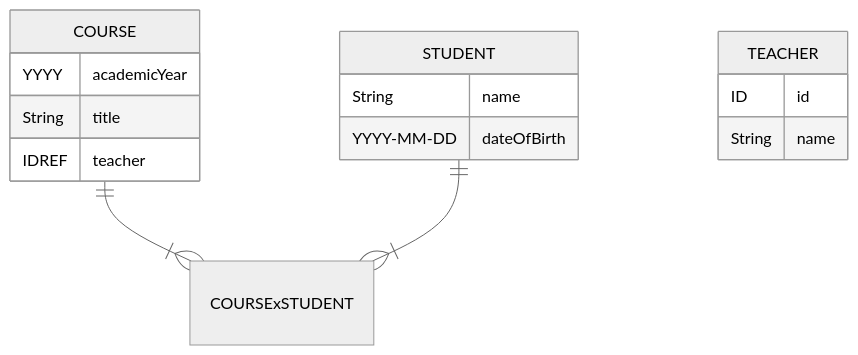
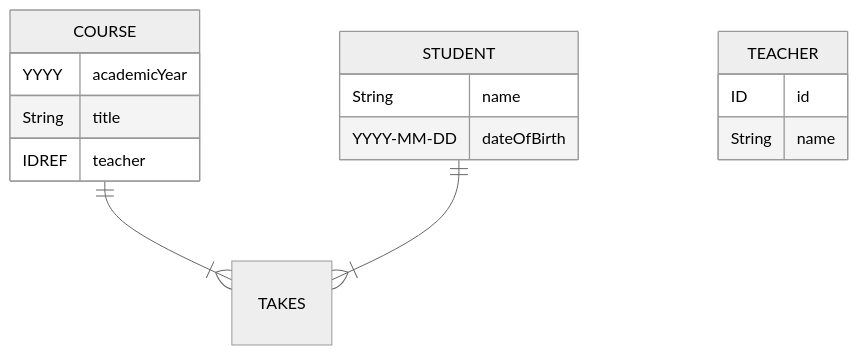
The fifth of 7 diagrams in d/data_models.md (conmaol/maglocunus), drawn with Mermaid (neutral theme) before and after one commit. The commit also changed other lines of this file, not shown here.

````diff
--- a/d/data_models.md
+++ b/d/data_models.md
@@ -257,20 +257,18 @@
 ```mermaid
 erDiagram
-    COURSE ||--|{ COURSExSTUDENT : ""
-    STUDENT ||--|{ COURSExSTUDENT : ""
+    COURSE ||--|{ TAKES : ""
+    STUDENT ||--|{ TAKES : ""
     COURSE {
       YYYY academicYear
       String title
       IDREF teacher 
     }
     STUDENT {
         String name
         YYYY-MM-DD dateOfBirth
     }
     TEACHER {
         ID id
         String name
     }
-    COURSExSTUDENT {
-    }
 ```
````
